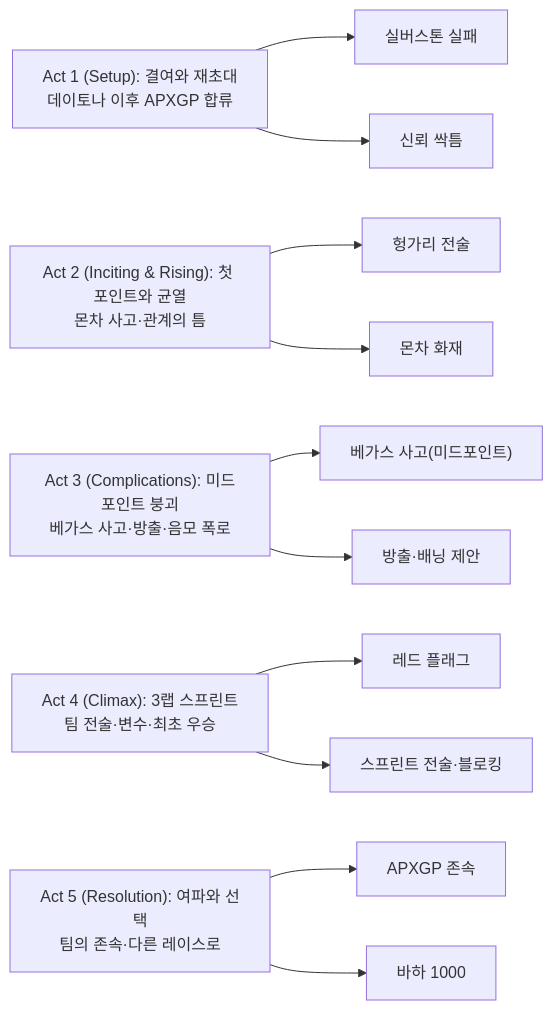
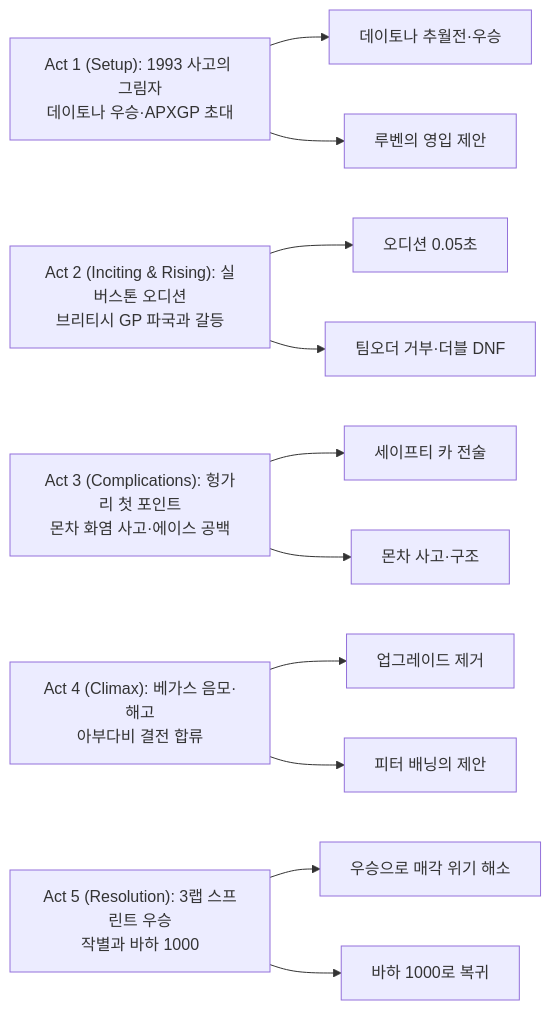
Before and after one commit to 42jerrykim/42jerrykim.github.io: the diagram in content/collection/Movies/2025/2025-08-30-f1-the-movie-2025-review/index.md, drawn with Mermaid. The commit also changed other lines of this file, not shown here.

````diff
--- a/content/collection/Movies/2025/2025-08-30-f1-the-movie-2025-review/index.md
+++ b/content/collection/Movies/2025/2025-08-30-f1-the-movie-2025-review/index.md
@@ -202,18 +229,18 @@
 ```mermaid
 flowchart LR
-    A["Act 1 (Setup): 결여와 재초대<br/>데이토나 이후 APXGP 합류"]
-    B["Act 2 (Inciting & Rising): 첫 포인트와 균열<br/>몬차 사고·관계의 틈"]
-    C["Act 3 (Complications): 미드포인트 붕괴<br/>베가스 사고·방출·음모 폭로"]
-    D["Act 4 (Climax): 3랩 스프린트<br/>팀 전술·변수·최초 우승"]
-    E["Act 5 (Resolution): 여파와 선택<br/>팀의 존속·다른 레이스로"]
-    A --> A1["실버스톤 실패"]
-    A --> A2["신뢰 싹틈"]
-    B --> B1["헝가리 전술"]
-    B --> B2["몬차 화재"]
-    C --> C1["베가스 사고(미드포인트)"]
-    C --> C2["방출·배닝 제안"]
-    D --> D1["레드 플래그"]
-    D --> D2["스프린트 전술·블로킹"]
-    E --> E1["APXGP 존속"]
-    E --> E2["바하 1000"]
+    A["Act 1 (Setup): 1993 사고의 그림자<br/>데이토나 우승·APXGP 초대"]
+    B["Act 2 (Inciting & Rising): 실버스톤 오디션<br/>브리티시 GP 파국과 갈등"]
+    C["Act 3 (Complications): 헝가리 첫 포인트<br/>몬차 화염 사고·에이스 공백"]
+    D["Act 4 (Climax): 베가스 음모·해고<br/>아부다비 결전 합류"]
+    E["Act 5 (Resolution): 3랩 스프린트 우승<br/>작별과 바하 1000"]
+    A --> A1["데이토나 추월전·우승"]
+    A --> A2["루벤의 영입 제안"]
+    B --> B1["오디션 0.05초"]
+    B --> B2["팀오더 거부·더블 DNF"]
+    C --> C1["세이프티 카 전술"]
+    C --> C2["몬차 사고·구조"]
+    D --> D1["업그레이드 제거"]
+    D --> D2["피터 배닝의 제안"]
+    E --> E1["우승으로 매각 위기 해소"]
+    E --> E2["바하 1000로 복귀"]
 ```
````
